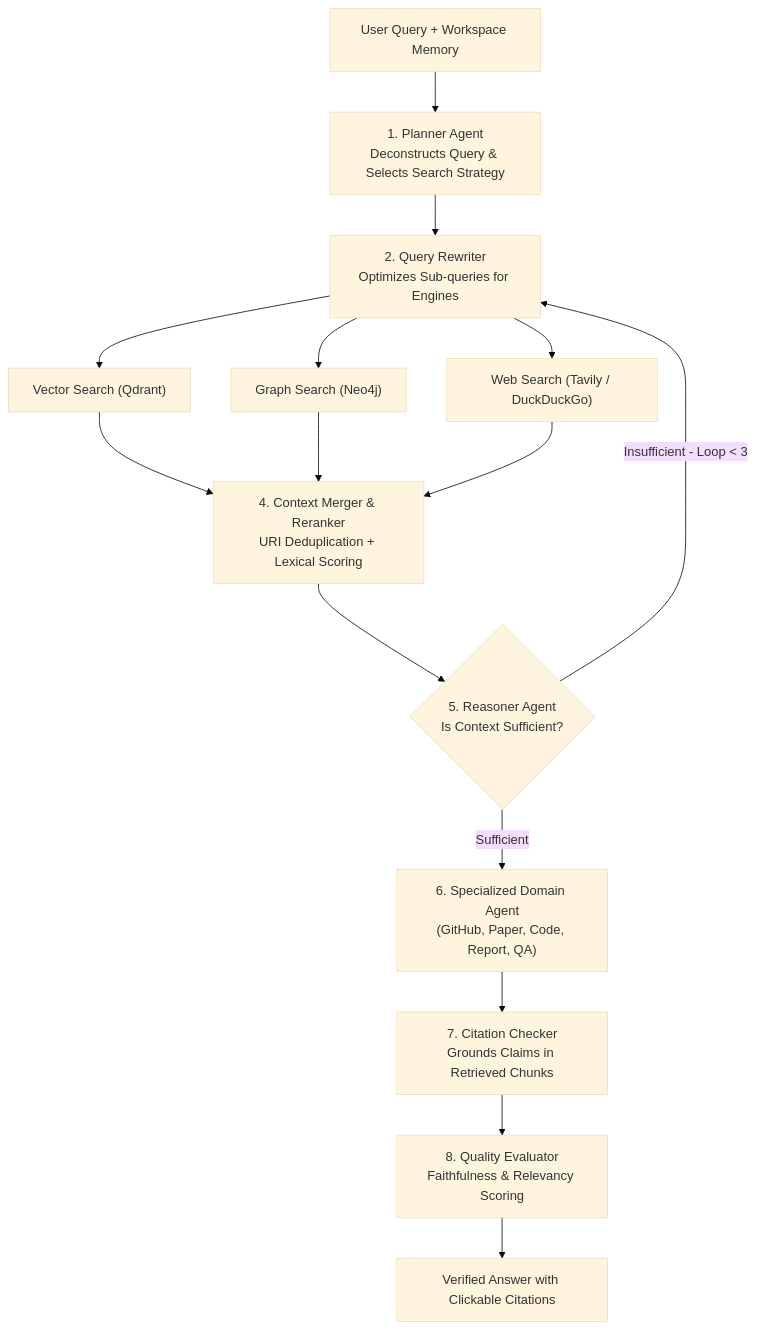
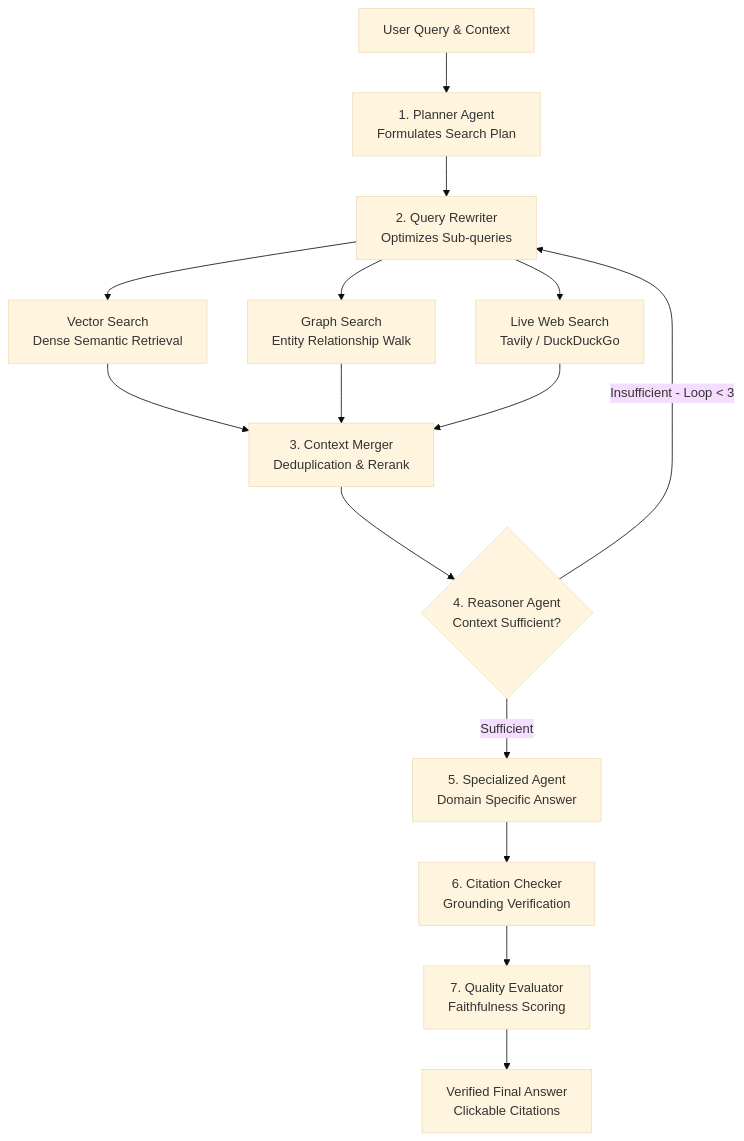
Before and after one commit to Mubeennaa12/ResearchHub: the second of 3 diagrams in README.md, drawn with Mermaid (base theme). The commit also changed other lines of this file, not shown here.

Commit message:
updated the diagrams with clear view

````diff
--- a/README.md
+++ b/README.md
@@ -77,21 +89,21 @@
 ```mermaid
 flowchart TD
-    Start["User Query + Workspace Memory"] --> Plan["1. Planner Agent<br/>Deconstructs Query & Selects Search Strategy"]
-    Plan --> Rewrite["2. Query Rewriter<br/>Optimizes Sub-queries for Engines"]
+    Start["User Query & Context"] --> Plan["1. Planner Agent<br/>Formulates Search Plan"]
+    Plan --> Rewrite["2. Query Rewriter<br/>Optimizes Sub-queries"]
     
-    Rewrite --> Vec["Vector Search (Qdrant)"]
-    Rewrite --> Graph["Graph Search (Neo4j)"]
-    Rewrite --> Web["Web Search (Tavily / DuckDuckGo)"]
+    Rewrite --> Vec["Vector Search<br/>Dense Semantic Retrieval"]
+    Rewrite --> Graph["Graph Search<br/>Entity Relationship Walk"]
+    Rewrite --> Web["Live Web Search<br/>Tavily / DuckDuckGo"]
     
-    Vec --> Merge["4. Context Merger & Reranker<br/>URI Deduplication + Lexical Scoring"]
+    Vec --> Merge["3. Context Merger<br/>Deduplication & Rerank"]
     Graph --> Merge
     Web --> Merge
     
-    Merge --> Reason{"5. Reasoner Agent<br/>Is Context Sufficient?"}
+    Merge --> Reason{"4. Reasoner Agent<br/>Context Sufficient?"}
     Reason -->|Insufficient - Loop < 3| Rewrite
-    Reason -->|Sufficient| Agent["6. Specialized Domain Agent<br/>(GitHub, Paper, Code, Report, QA)"]
+    Reason -->|Sufficient| Agent["5. Specialized Agent<br/>Domain Specific Answer"]
     
-    Agent --> Cite["7. Citation Checker<br/>Grounds Claims in Retrieved Chunks"]
-    Cite --> Eval["8. Quality Evaluator<br/>Faithfulness & Relevancy Scoring"]
-    Eval --> Done["Verified Answer with Clickable Citations"]
+    Agent --> Cite["6. Citation Checker<br/>Grounding Verification"]
+    Cite --> Eval["7. Quality Evaluator<br/>Faithfulness Scoring"]
+    Eval --> Done["Verified Final Answer<br/>Clickable Citations"]
 ```
````
